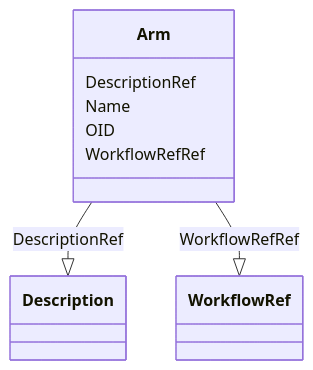
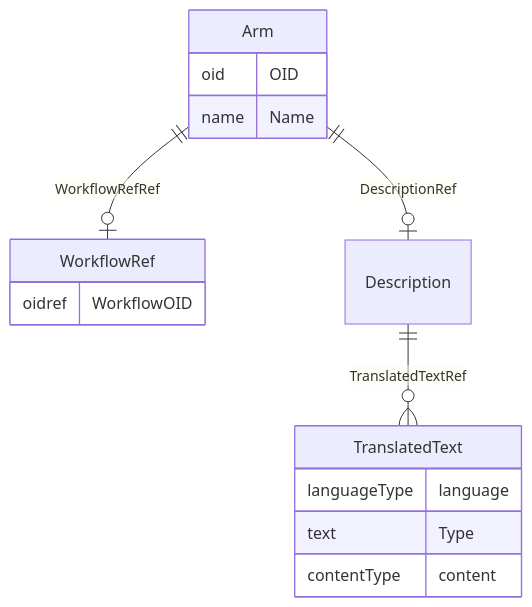
The diagram in docs/Arm.md (cdisc-org/DataExchange-ODM-LinkML), drawn with Mermaid before and after one commit. The commit also changed other lines of this file and 181 other files, not shown here.

Commit message:
ER diagrams working via templates and removing names with underscores

````diff
--- a/docs/Arm.md
+++ b/docs/Arm.md
@@ -14,17 +11,23 @@
 ```mermaid
- classDiagram
-    class Arm
-      Arm : DescriptionRef
-        
-          Arm --|> Description : DescriptionRef
-        
-      Arm : Name
-        
-      Arm : OID
-        
-      Arm : WorkflowRefRef
-        
-          Arm --|> WorkflowRef : WorkflowRefRef
-        
-      
+erDiagram
+Arm {
+    oid OID  
+    name Name  
+}
+WorkflowRef {
+    oidref WorkflowOID  
+}
+Description {
+
+}
+TranslatedText {
+    languageType language  
+    text Type  
+    contentType content  
+}
+
+Arm ||--|o Description : "DescriptionRef"
+Arm ||--|o WorkflowRef : "WorkflowRefRef"
+Description ||--}o TranslatedText : "TranslatedTextRef"
+
 ```
````
